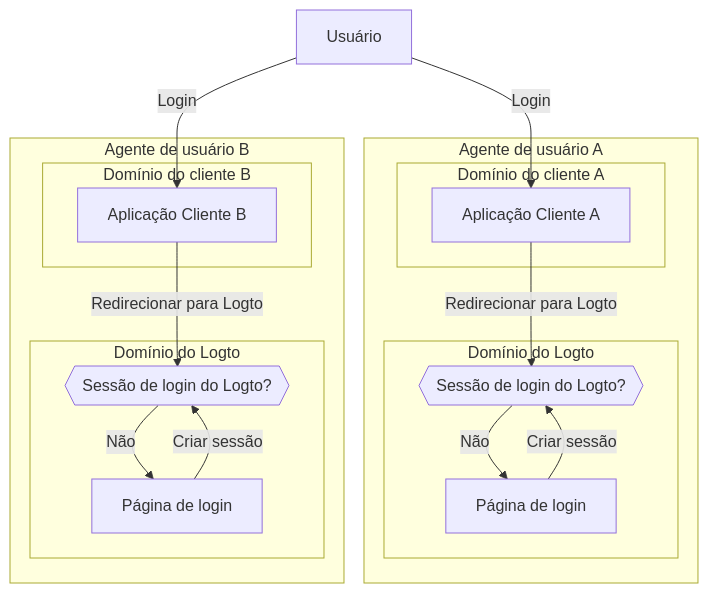
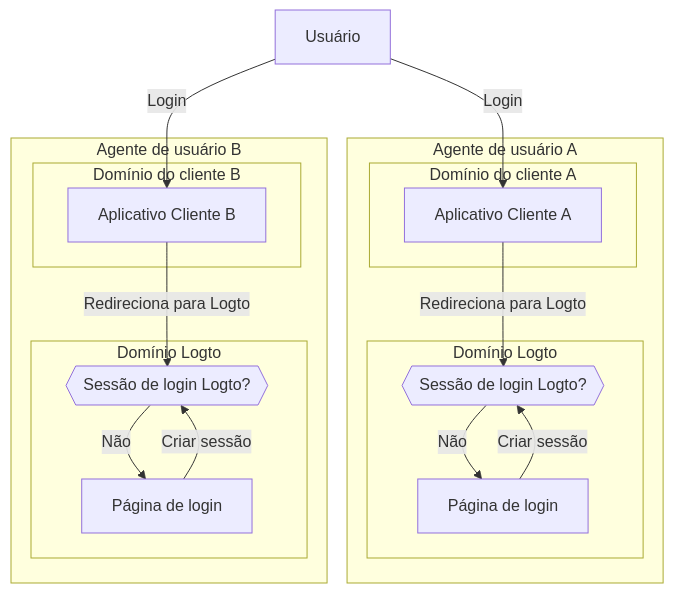
One commit to logto-io/docs changed the third of 3 diagrams in i18n/pt-BR/docusaurus-plugin-content-docs/current/end-user-flows/sign-out.mdx. Above: the diagram before and after it, drawn with Mermaid. The commit also changed other lines of this file and 162 other files, not shown here.

````diff
--- a/i18n/pt-BR/docusaurus-plugin-content-docs/current/end-user-flows/sign-out.mdx
+++ b/i18n/pt-BR/docusaurus-plugin-content-docs/current/end-user-flows/sign-out.mdx
@@ -89,35 +89,35 @@
    ```mermaid
     flowchart TD
     U[Usuário]
 
     subgraph DeviceA [Agente de usuário A]
       subgraph Layer1 [Domínio do cliente A]
-        A[Aplicação Cliente A]
+        A[Aplicativo Cliente A]
       end
 
-      subgraph Layer2 [Domínio do Logto]
-          C{{Sessão de login do Logto?}}
+      subgraph Layer2 [Domínio Logto]
+          C{{Sessão de login Logto?}}
           D[Página de login]
       end
     end
 
     subgraph DeviceB [Agente de usuário B]
       subgraph Layer3 [Domínio do cliente B]
-        B[Aplicação Cliente B]
+        B[Aplicativo Cliente B]
       end
 
-      subgraph Layer4 [Domínio do Logto]
-          E{{Sessão de login do Logto?}}
+      subgraph Layer4 [Domínio Logto]
+          E{{Sessão de login Logto?}}
           F[Página de login]
       end
     end
 
     U --> |Login| A
-    A --> |Redirecionar para Logto| C
+    A --> |Redireciona para Logto| C
     U --> |Login| B
-    B --> |Redirecionar para Logto| E
+    B --> |Redireciona para Logto| E
     C --> |Não| D
     E --> |Não| F
     D --> |Criar sessão| C
     F --> |Criar sessão| E
    ```
````
